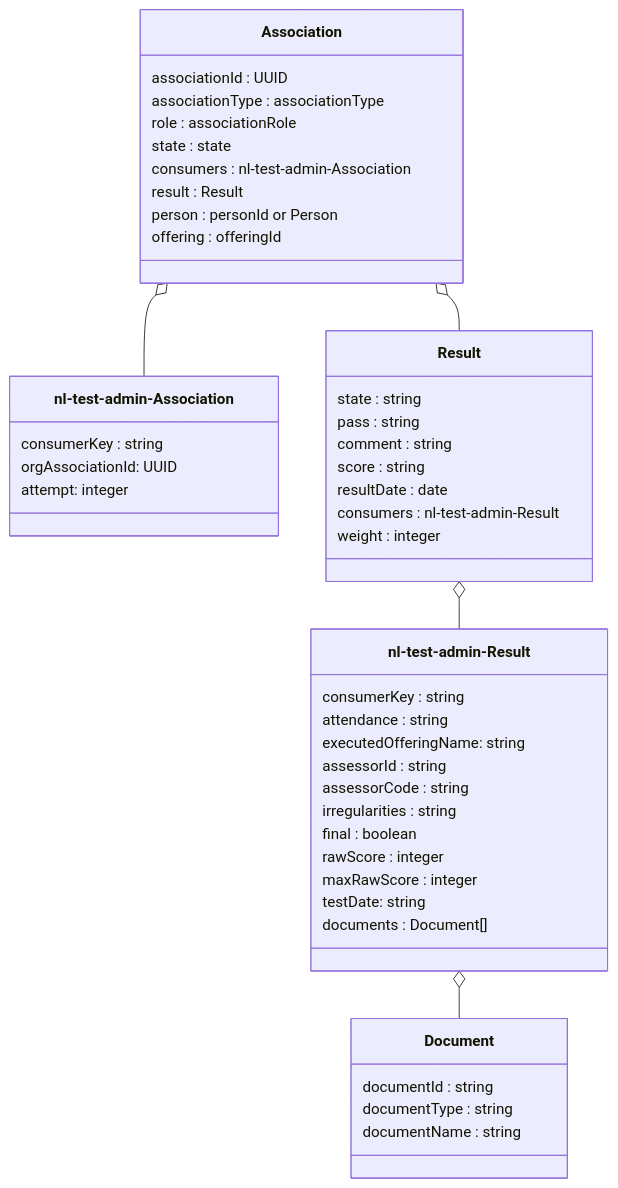
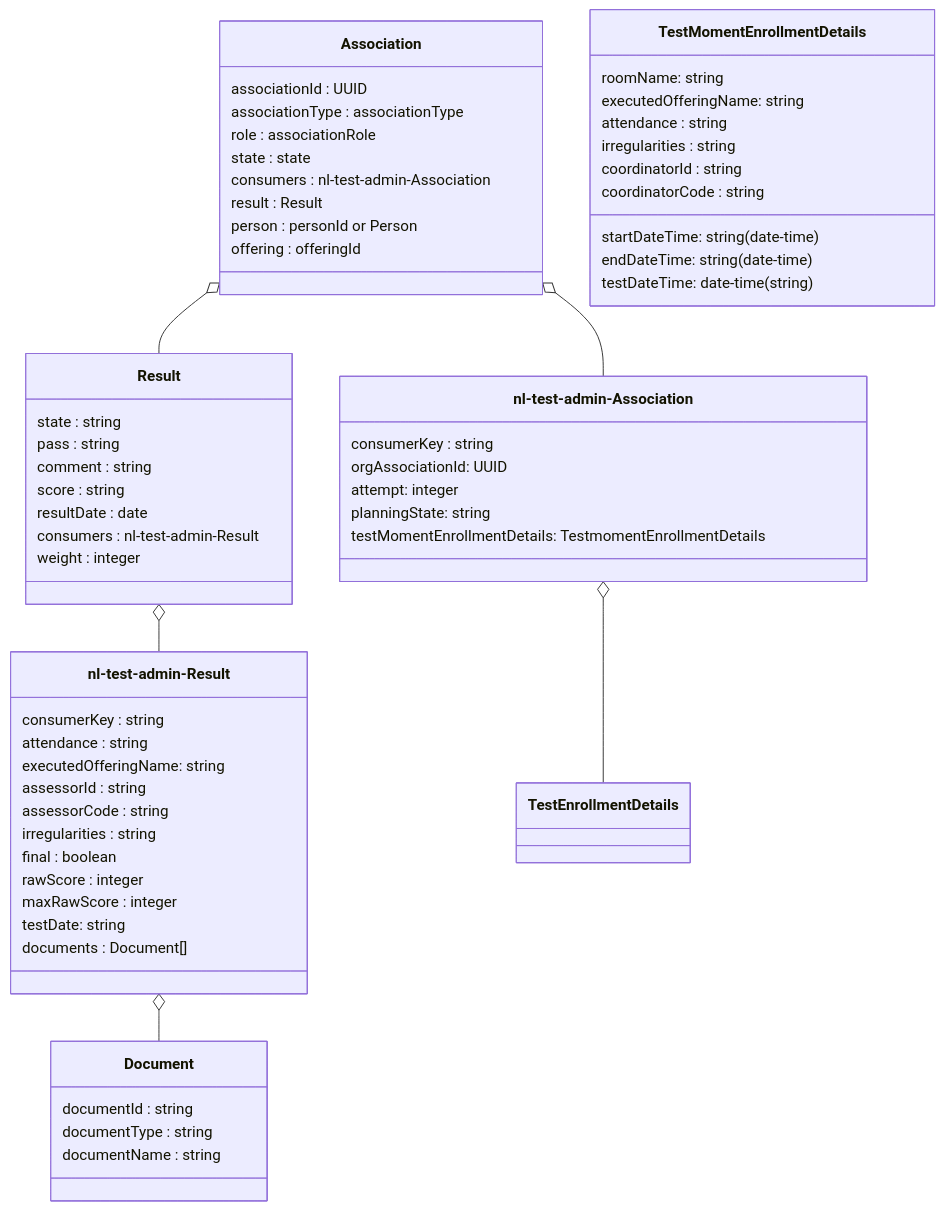
The fourth of 4 diagrams in doc/flow5.md (NetwerkExamineringDigitalisering/NED-OOAPI), drawn with Mermaid before and after one commit. The commit also changed other lines of this file and 4 other files, not shown here.

Commit message:
update documentation flow 3 and 5

````diff
--- a/doc/flow5.md
+++ b/doc/flow5.md
@@ -179,49 +190,63 @@
 ```mermaid
 classDiagram
     class Association {
 	associationId : UUID
 	associationType : associationType
 	role : associationRole
 	state : state
-        consumers : nl-test-admin-Association
-    	result : Result
+    consumers : nl-test-admin-Association
+    result : Result
 	person : personId or Person
 	offering : offeringId
     }
     class `nl-test-admin-Association` {
         consumerKey : string
         orgAssociationId: UUID
         attempt: integer
+        planningState: string
+        testMomentEnrollmentDetails: TestmomentEnrollmentDetails
     }
     class Result {
     	state : string
         pass : string
         comment : string
         score : string
         resultDate : date
         consumers : nl-test-admin-Result
         weight : integer
     }
     class `nl-test-admin-Result` {
         consumerKey : string
         attendance : string
         executedOfferingName: string
         assessorId : string
         assessorCode : string 
         irregularities : string
         final : boolean 
         rawScore : integer 
         maxRawScore : integer
         testDate: string
         documents : Document[]
     }
+    class `TestMomentEnrollmentDetails` {
+        startDateTime: string (date-time)
+        endDateTime: string (date-time)
+        roomName: string
+        executedOfferingName: string
+        attendance : string
+        testDateTime: date-time (string)
+        irregularities : string
+        coordinatorId : string
+        coordinatorCode : string 
+    }
     class Document {
         documentId : string
         documentType : string
         documentName : string
     }
     Association o-- Result
     Association o-- `nl-test-admin-Association`
+    `nl-test-admin-Association` o-- `TestEnrollmentDetails`
     Result o-- `nl-test-admin-Result`
     `nl-test-admin-Result` o-- Document
 ```
````
